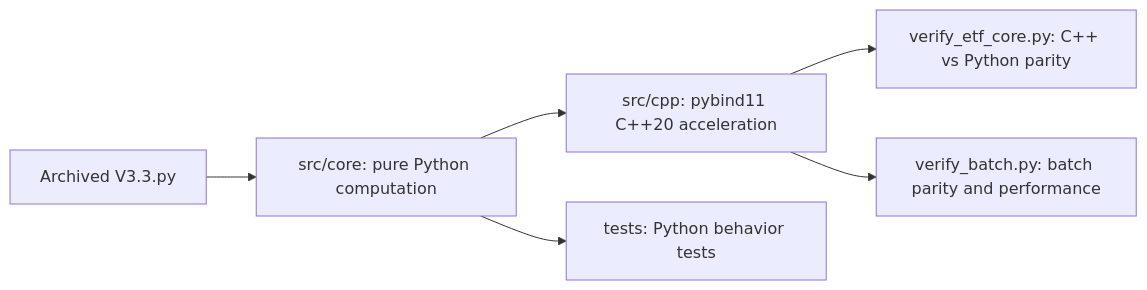
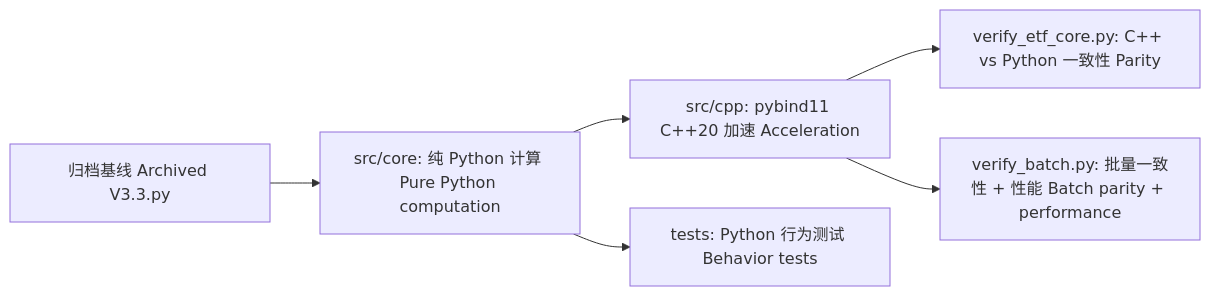
One commit to redamancy231-create/etf-pattern-match-pybind11 changed the diagram in README.md. Above: the diagram before and after it, drawn with Mermaid. The commit also changed other lines of this file, not shown here.

````diff
--- a/README.md
+++ b/README.md
@@ -75,8 +80,8 @@
 ```mermaid
 flowchart LR
-    A["Archived V3.3.py"] --> B["src/core: pure Python computation"]
-    B --> C["src/cpp: pybind11 C++20 acceleration"]
-    B --> D["tests: Python behavior tests"]
-    C --> E["verify_etf_core.py: C++ vs Python parity"]
-    C --> F["verify_batch.py: batch parity and performance"]
+    A["归档基线 Archived V3.3.py"] --> B["src/core: 纯 Python 计算 Pure Python computation"]
+    B --> C["src/cpp: pybind11 C++20 加速 Acceleration"]
+    B --> D["tests: Python 行为测试 Behavior tests"]
+    C --> E["verify_etf_core.py: C++ vs Python 一致性 Parity"]
+    C --> F["verify_batch.py: 批量一致性 + 性能 Batch parity + performance"]
 ```
````
